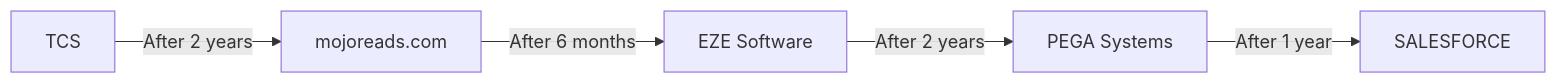
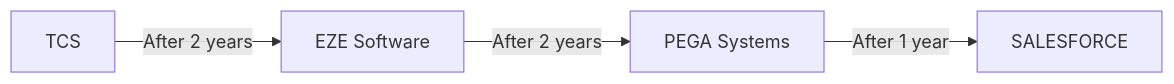
The diagram in README.md (vydyas/vydyas), drawn with Mermaid before and after one commit. The commit also changed other lines of this file, not shown here.

````diff
--- a/README.md
+++ b/README.md
@@ -15,4 +15,4 @@
 ```mermaid
 graph LR
-A[TCS] -- After 2 years  --> b[mojoreads.com] --  After 6 months --> c[EZE Software] -- After 2 years --> d[PEGA Systems] -- After 1 year --> E[SALESFORCE]
+A[TCS] -- After 2 years --> c[EZE Software] -- After 2 years --> d[PEGA Systems] -- After 1 year --> E[SALESFORCE]
 ```
````
